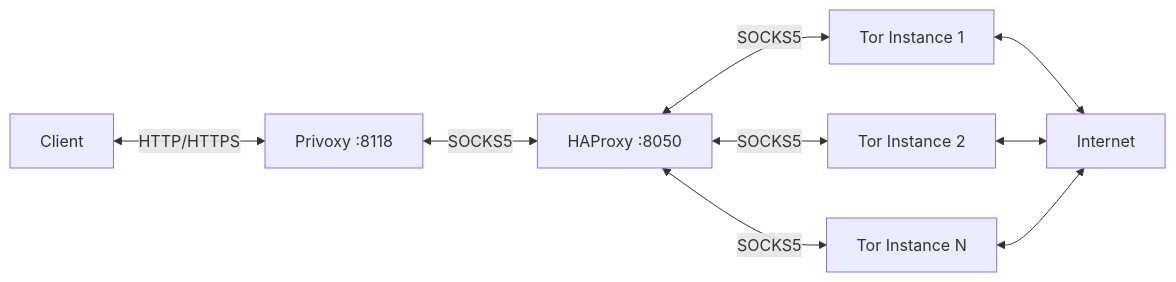
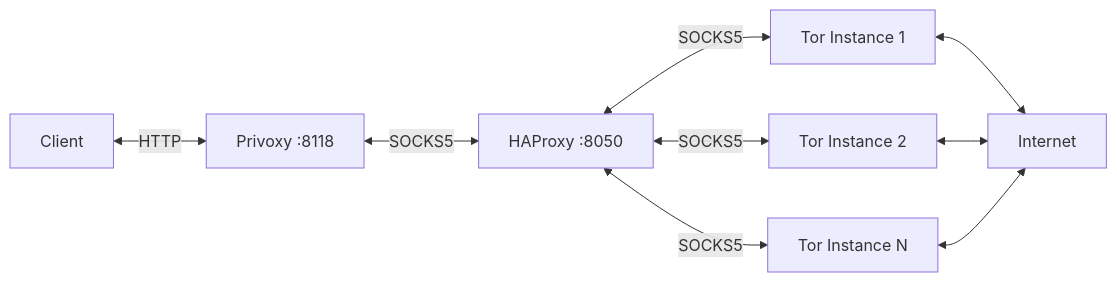
The diagram in README.md (perennialtech/docker-tor-privoxy-alpine), drawn with Mermaid before and after one commit. The commit also changed other lines of this file, not shown here.

Commit message:
rm privoxy https + better usage examples

````diff
--- a/README.md
+++ b/README.md
@@ -13,19 +13,19 @@
 ```mermaid
 graph LR
     Client[Client]
     Privoxy[Privoxy :8118]
     HAProxy[HAProxy :8050]
     Tor1[Tor Instance 1]
     Tor2[Tor Instance 2]
     TorN[Tor Instance N]
     Internet[Internet]
 
-    Client <-->|HTTP/HTTPS| Privoxy
+    Client <-->|HTTP| Privoxy
     Privoxy <-->|SOCKS5| HAProxy
     HAProxy <-->|SOCKS5| Tor1
     HAProxy <-->|SOCKS5| Tor2
     HAProxy <-->|SOCKS5| TorN
     Tor1 <--> Internet
     Tor2 <--> Internet
     TorN <--> Internet
 ```
````
